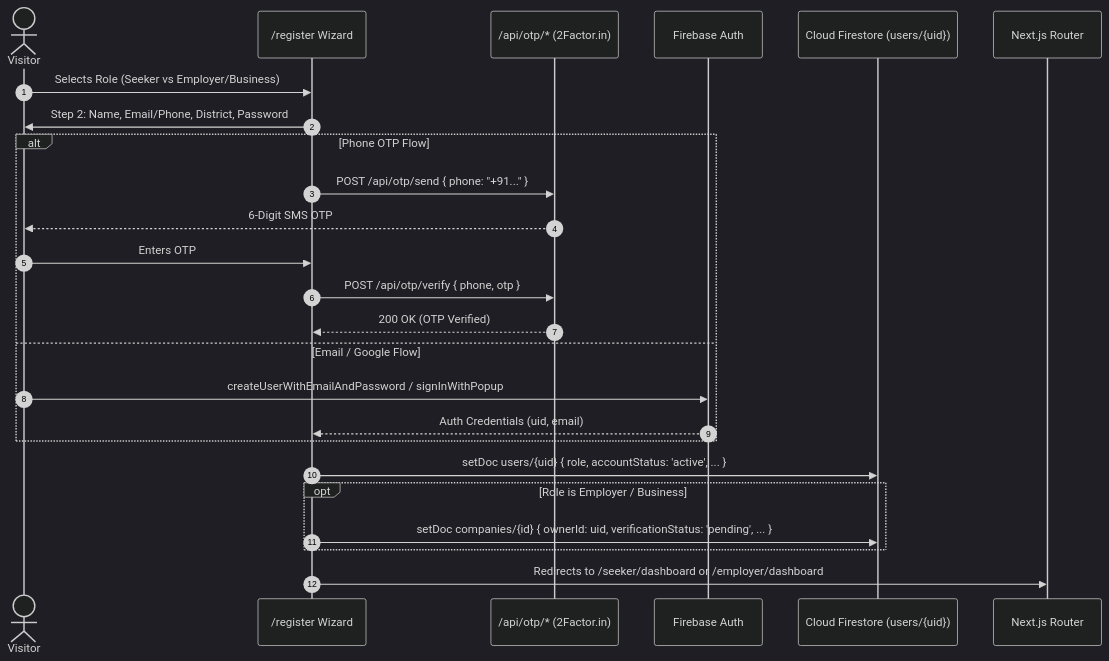
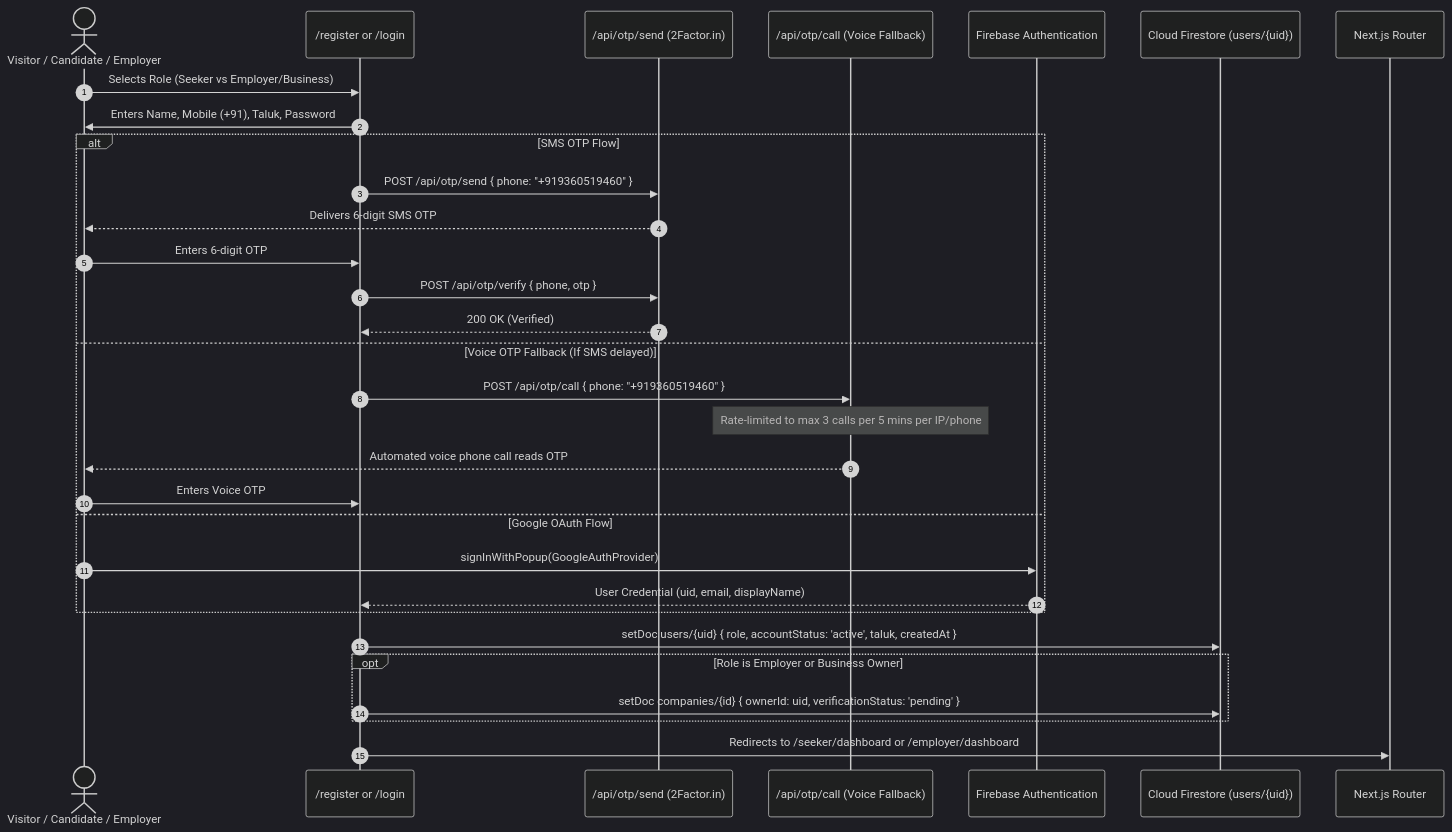
The third of 13 diagrams in WORKFLOW.md (SRIESWARAN01/thenijobs-web), drawn with Mermaid (dark theme) before and after one commit. The commit also changed other lines of this file and 3 other files, not shown here.

Commit message:
docs(workflow): master system architecture, complete mermaid diagrams, and end-to-end validation test suite

````diff
--- a/WORKFLOW.md
+++ b/WORKFLOW.md
@@ -80,28 +164,35 @@
 ```mermaid
 sequenceDiagram
     autonumber
-    actor User as Visitor
-    participant UI as /register Wizard
-    participant OTP as /api/otp/* (2Factor.in)
-    participant FBAuth as Firebase Auth
+    actor User as Visitor / Candidate / Employer
+    participant UI as /register or /login
+    participant SMS as /api/otp/send (2Factor.in)
+    participant Call as /api/otp/call (Voice Fallback)
+    participant Auth as Firebase Authentication
     participant DB as Cloud Firestore (users/{uid})
-    participant Router as Next.js Router
+    participant Nav as Next.js Router
 
     User->>UI: Selects Role (Seeker vs Employer/Business)
-    UI->>User: Step 2: Name, Email/Phone, District, Password
-    alt Phone OTP Flow
-        UI->>OTP: POST /api/otp/send { phone: "+91..." }
-        OTP-->>User: 6-Digit SMS OTP
-        User->>UI: Enters OTP
-        UI->>OTP: POST /api/otp/verify { phone, otp }
-        OTP-->>UI: 200 OK (OTP Verified)
-    else Email / Google Flow
-        User->>FBAuth: createUserWithEmailAndPassword / signInWithPopup
-        FBAuth-->>UI: Auth Credentials (uid, email)
+    UI->>User: Enters Name, Mobile (+91), Taluk, Password
+    alt SMS OTP Flow
+        UI->>SMS: POST /api/otp/send { phone: "+919360519460" }
+        SMS-->>User: Delivers 6-digit SMS OTP
+        User->>UI: Enters 6-digit OTP
+        UI->>SMS: POST /api/otp/verify { phone, otp }
+        SMS-->>UI: 200 OK (Verified)
+    else Voice OTP Fallback (If SMS delayed)
+        UI->>Call: POST /api/otp/call { phone: "+919360519460" }
+        Note over Call: Rate-limited to max 3 calls per 5 mins per IP/phone
+        Call-->>User: Automated voice phone call reads OTP
+        User->>UI: Enters Voice OTP
+    else Google OAuth Flow
+        User->>Auth: signInWithPopup(GoogleAuthProvider)
+        Auth-->>UI: User Credential (uid, email, displayName)
     end
-    UI->>DB: setDoc users/{uid} { role, accountStatus: 'active', ... }
-    opt Role is Employer / Business
-        UI->>DB: setDoc companies/{id} { ownerId: uid, verificationStatus: 'pending', ... }
+
+    UI->>DB: setDoc users/{uid} { role, accountStatus: 'active', taluk, createdAt }
+    opt Role is Employer or Business Owner
+        UI->>DB: setDoc companies/{id} { ownerId: uid, verificationStatus: 'pending' }
     end
-    UI->>Router: Redirects to /seeker/dashboard or /employer/dashboard
+    UI->>Nav: Redirects to /seeker/dashboard or /employer/dashboard
 ```
````
